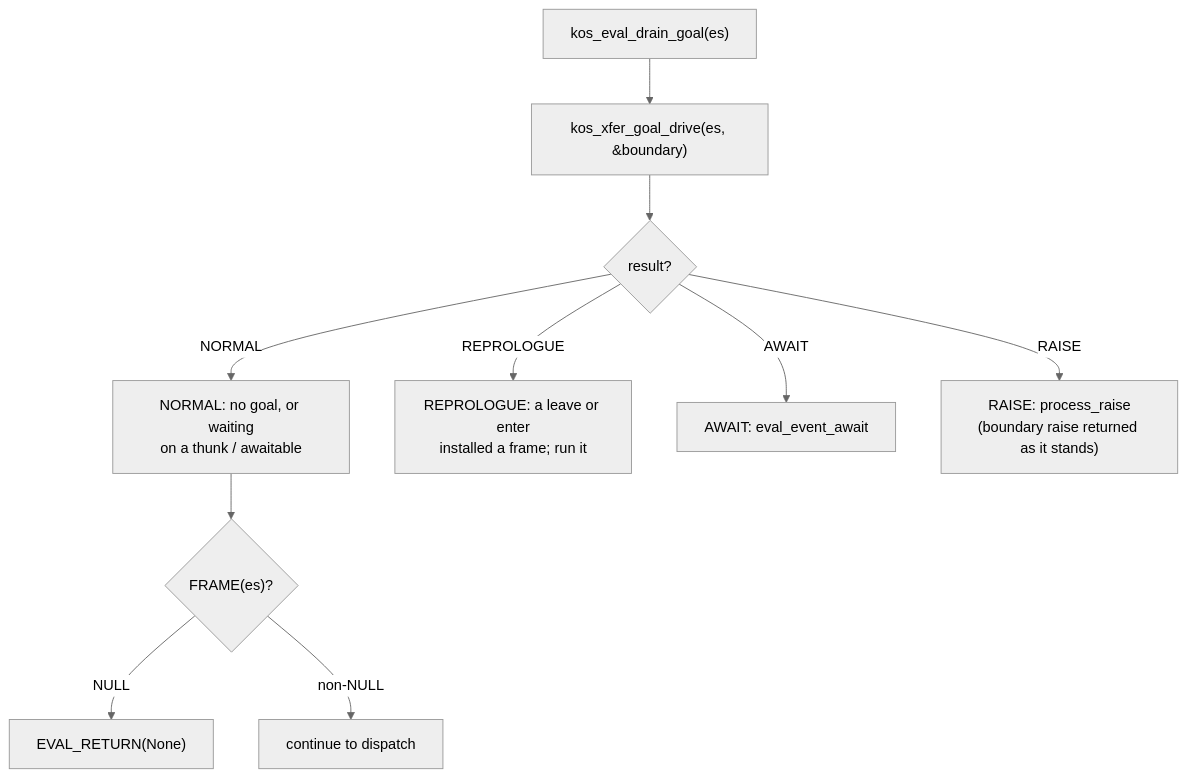
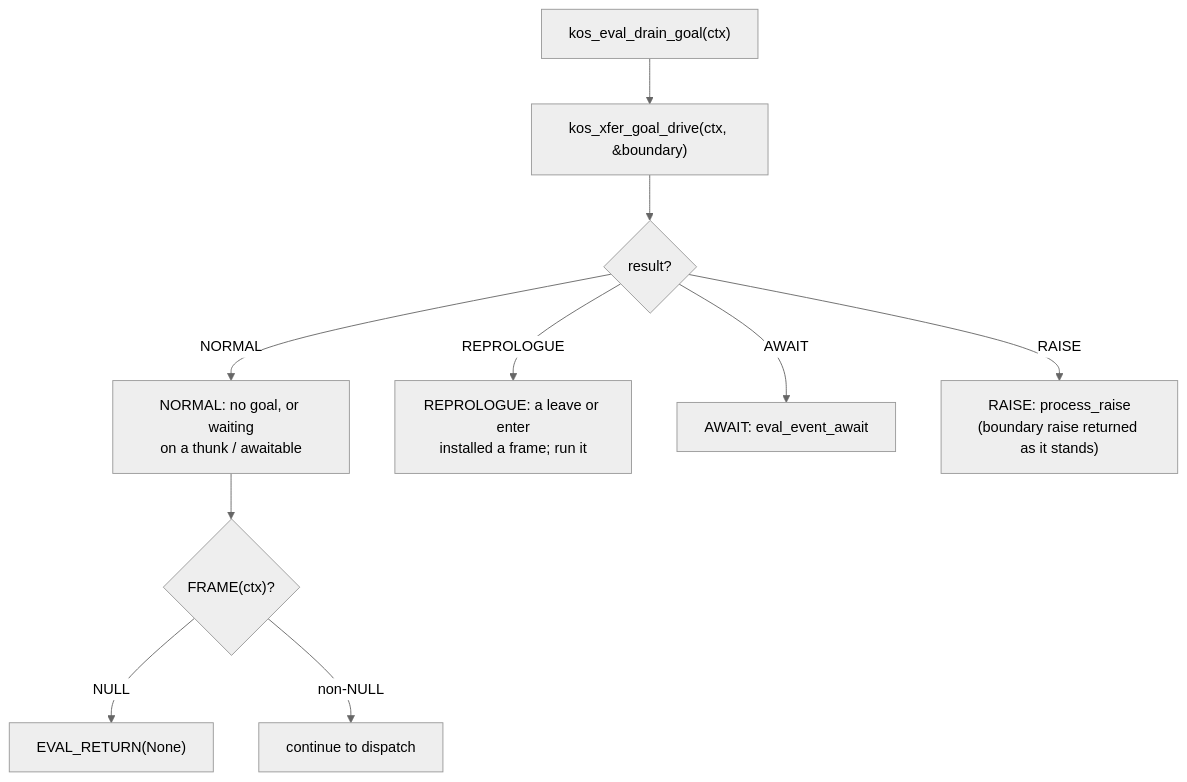
The fourth of 12 diagrams in design/EVALUATOR.md (koskari-lang/koskari), drawn with Mermaid (neutral theme) before and after one commit. The commit also changed other lines of this file and 433 other files, not shown here.

First line of the commit message:
Remove KosEvalState; KosContext is the one running record

````diff
--- a/design/EVALUATOR.md
+++ b/design/EVALUATOR.md
@@ -283,20 +283,20 @@
 ```mermaid
 flowchart TD
-    start["kos_eval_drain_goal(es)"]
-    drive["kos_xfer_goal_drive(es, &boundary)"]
+    start["kos_eval_drain_goal(ctx)"]
+    drive["kos_xfer_goal_drive(ctx, &boundary)"]
     kind{"result?"}
     normal["NORMAL: no goal, or waiting<br/>on a thunk / awaitable"]
     repro["REPROLOGUE: a leave or enter<br/>installed a frame; run it"]
     await_["AWAIT: eval_event_await"]
     raise_["RAISE: process_raise<br/>(boundary raise returned as it stands)"]
-    frame_check{"FRAME(es)?"}
+    frame_check{"FRAME(ctx)?"}
     ret_none["EVAL_RETURN(None)"]
 
     start --> drive --> kind
     kind -->|NORMAL| normal --> frame_check
     kind -->|REPROLOGUE| repro
     kind -->|AWAIT| await_
     kind -->|RAISE| raise_
     frame_check -->|NULL| ret_none
     frame_check -->|non-NULL| loop_next["continue to dispatch"]
 ```
````
